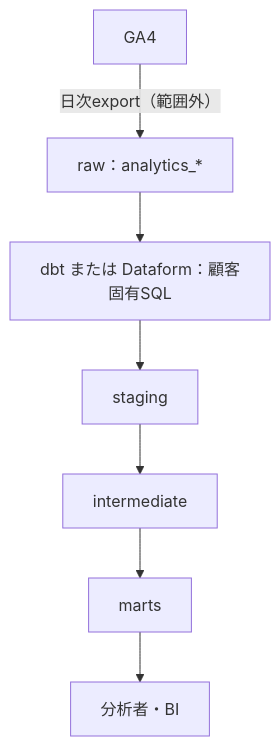
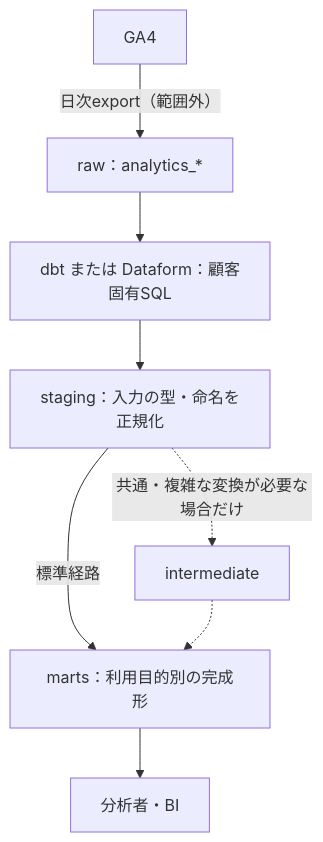
Before and after one commit to Yukihide-Mitsuoka/secure-ga4-bq-template: the second of 5 diagrams in docs/requirements/README.md, drawn with Mermaid. The commit also changed other lines of this file and 5 other files, not shown here.

````diff
--- a/docs/requirements/README.md
+++ b/docs/requirements/README.md
@@ -57,7 +57,10 @@
 ```mermaid
 flowchart TB
   GA4["GA4"] -->|"日次export（範囲外）"| RAW["raw：analytics_*"]
   RAW --> TRANSFORM["dbt または Dataform：顧客固有SQL"]
-  TRANSFORM --> STAGING["staging"] --> INTERMEDIATE["intermediate"] --> MARTS["marts"]
+  TRANSFORM --> STAGING["staging：入力の型・命名を正規化"]
+  STAGING -->|"標準経路"| MARTS["marts：利用目的別の完成形"]
+  STAGING -. "共通・複雑な変換が必要な場合だけ" .-> INTERMEDIATE["intermediate"]
+  INTERMEDIATE -.-> MARTS
   MARTS --> USERS["分析者・BI"]
 ```
````
